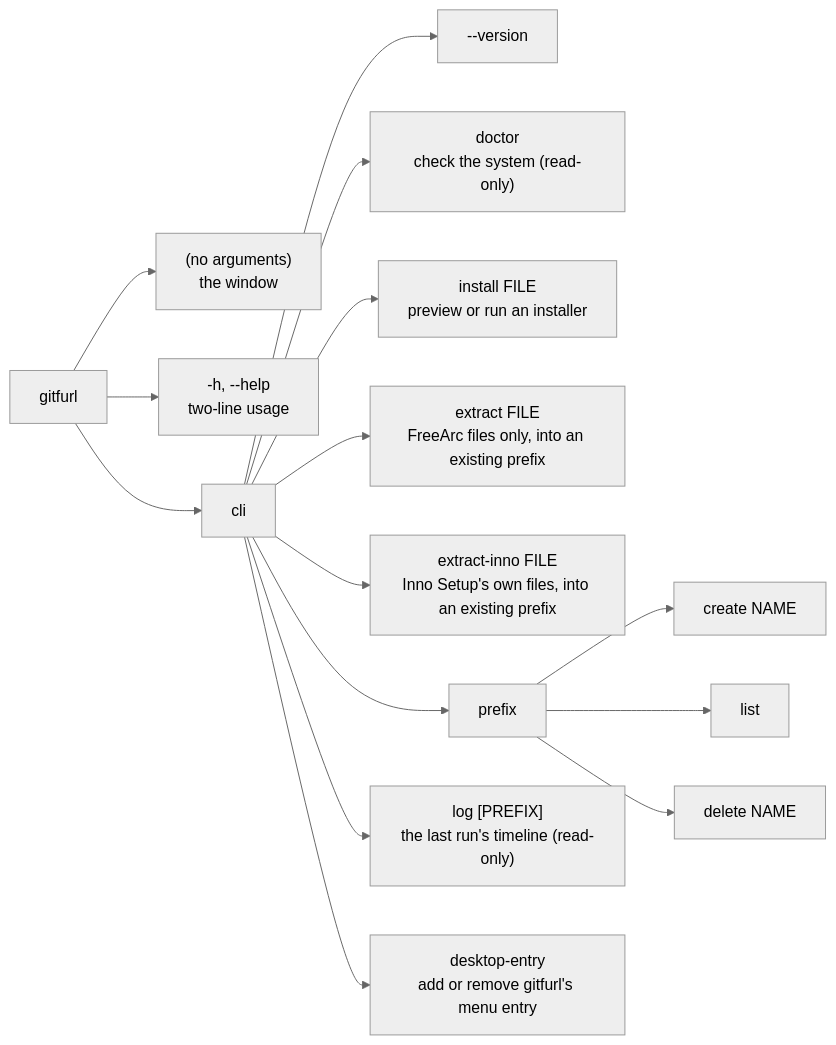
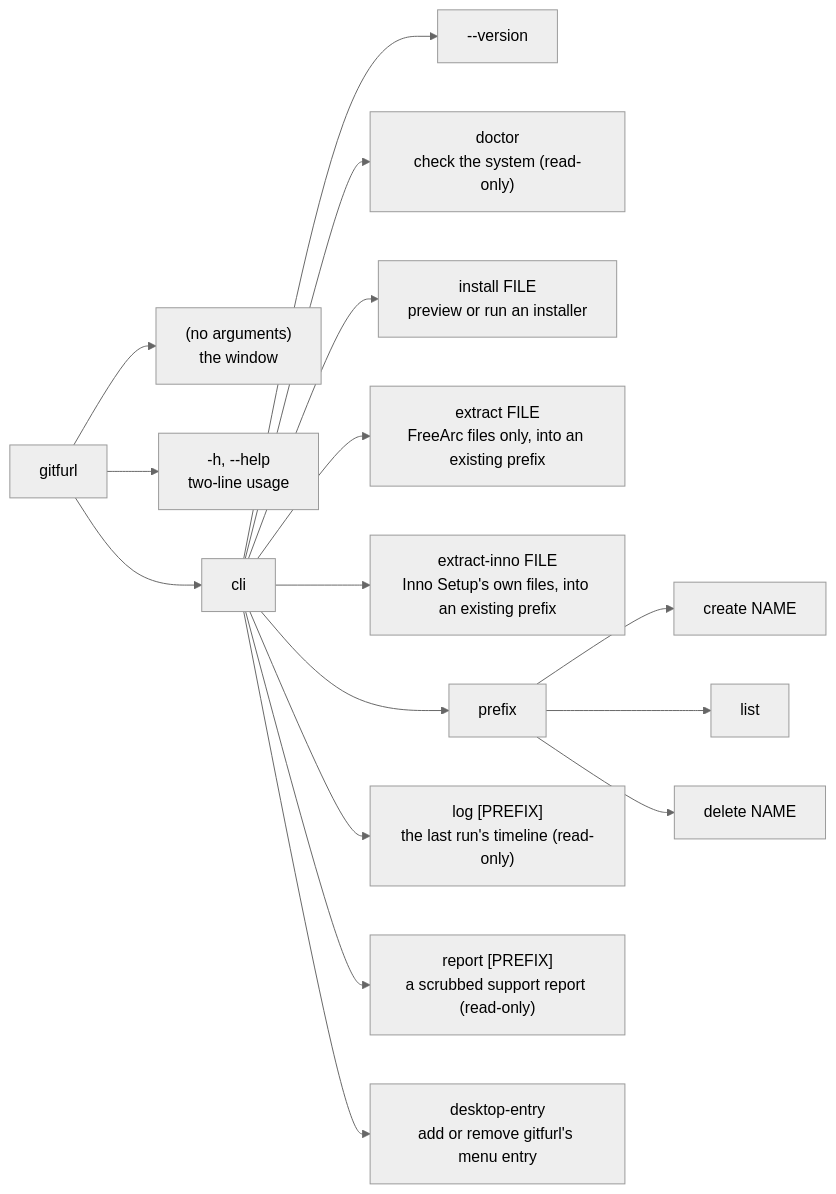
The diagram in docs/cli.md (undecuple/gitfurl), drawn with Mermaid (neutral theme) before and after one commit. The commit also changed other lines of this file and 12 other files, not shown here.

First line of the commit message:
Add a scrubbed support report (cli report; Copy support report in the window) (#76)

````diff
--- a/docs/cli.md
+++ b/docs/cli.md
@@ -11,17 +11,18 @@
 ```mermaid
 flowchart LR
   g["gitfurl"] --> w["(no arguments)<br/>the window"]
   g --> h["-h, --help<br/>two-line usage"]
   g --> c["cli"]
   c --> v["--version"]
   c --> doctor["doctor<br/>check the system (read-only)"]
   c --> install["install FILE<br/>preview or run an installer"]
   c --> extract["extract FILE<br/>FreeArc files only, into an existing prefix"]
   c --> xinno["extract-inno FILE<br/>Inno Setup's own files, into an existing prefix"]
   c --> prefix["prefix"]
   prefix --> pc["create NAME"]
   prefix --> pl["list"]
   prefix --> pd["delete NAME"]
   c --> log["log [PREFIX]<br/>the last run's timeline (read-only)"]
+  c --> rep["report [PREFIX]<br/>a scrubbed support report (read-only)"]
   c --> desk["desktop-entry<br/>add or remove gitfurl's menu entry"]
 ```
````
